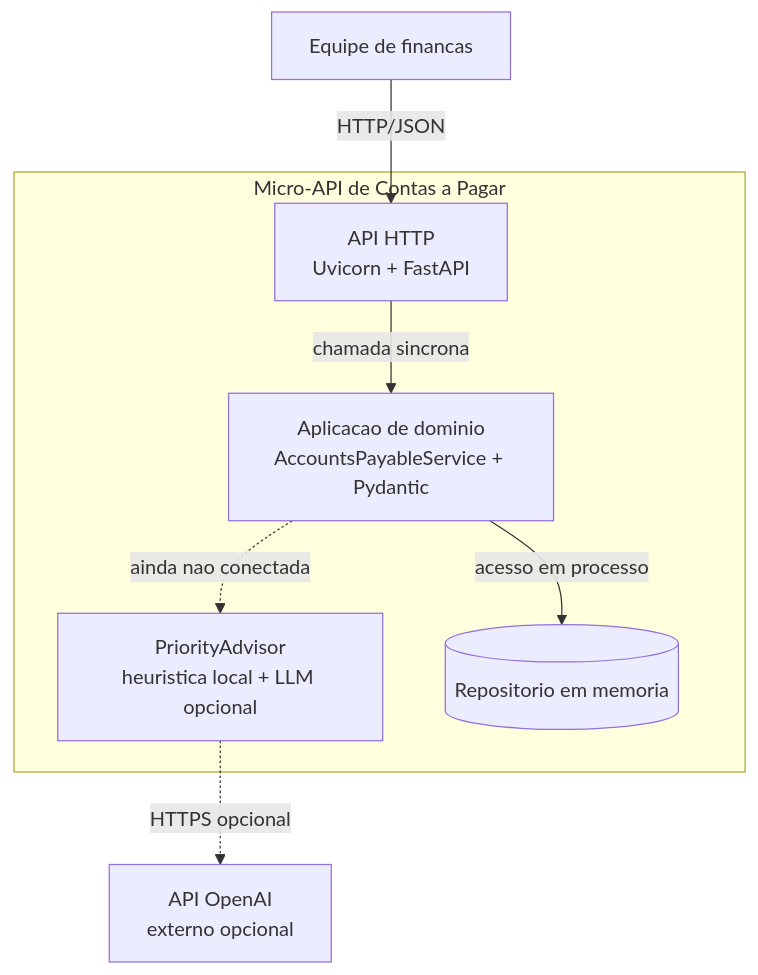
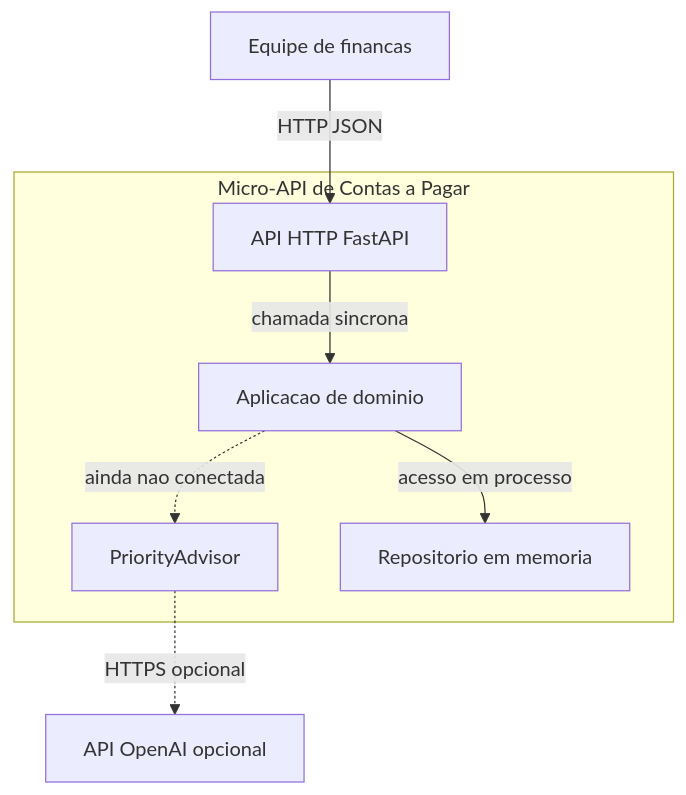
Before and after one commit to marciomello-bbras/projetolaboratorio: the second of 5 diagrams in README.md, drawn with Mermaid. The commit also changed other lines of this file and 1 other file, not shown here.

Commit message:
docs(arch): simplify Mermaid so GitHub can render containers

````diff
--- a/README.md
+++ b/README.md
@@ -290,19 +290,17 @@
 ```mermaid
 flowchart TB
-    financeiro["Equipe de financas"]
+    financeiro[Equipe de financas]
+    subgraph sistema [Micro-API de Contas a Pagar]
+        web[API HTTP FastAPI]
+        app[Aplicacao de dominio]
+        advisor[PriorityAdvisor]
+        store[Repositorio em memoria]
+    end
+    openai[API OpenAI opcional]
 
-    subgraph sistema["Micro-API de Contas a Pagar"]
-        web["API HTTP<br/>Uvicorn + FastAPI"]
-        app["Aplicacao de dominio<br/>AccountsPayableService + Pydantic"]
-        advisor["PriorityAdvisor<br/>heuristica local + LLM opcional"]
-        store[("Repositorio em memoria")]
-    end
-
-    openai["API OpenAI<br/>externo opcional"]
-
-    financeiro -->|"HTTP/JSON"| web
-    web -->|"chamada sincrona"| app
-    app -->|"acesso em processo"| store
-    app -.->|"ainda nao conectada"| advisor
-    advisor -.->|"HTTPS opcional"| openai
+    financeiro -->|HTTP JSON| web
+    web -->|chamada sincrona| app
+    app -->|acesso em processo| store
+    app -.->|ainda nao conectada| advisor
+    advisor -.->|HTTPS opcional| openai
 ```
````
